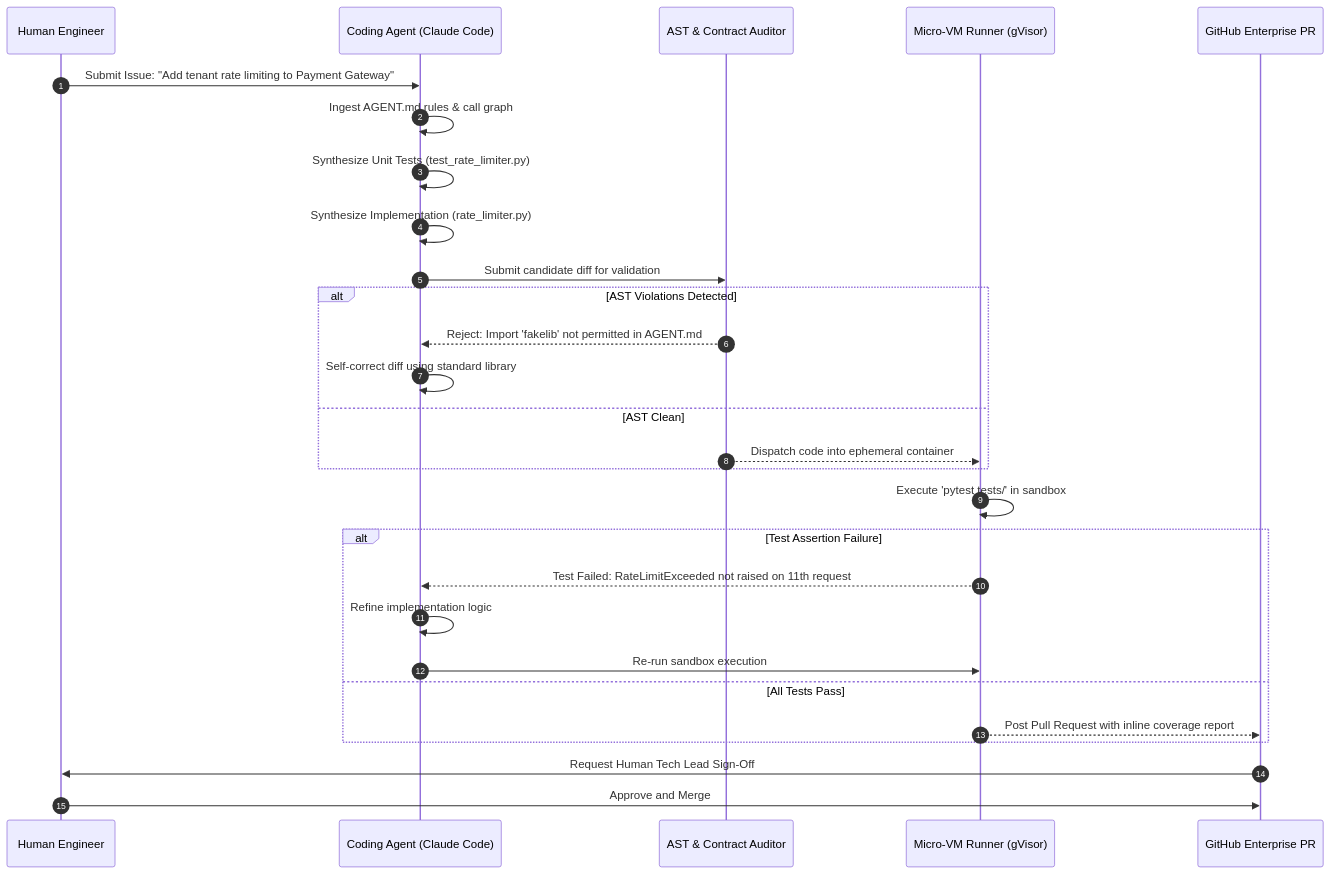
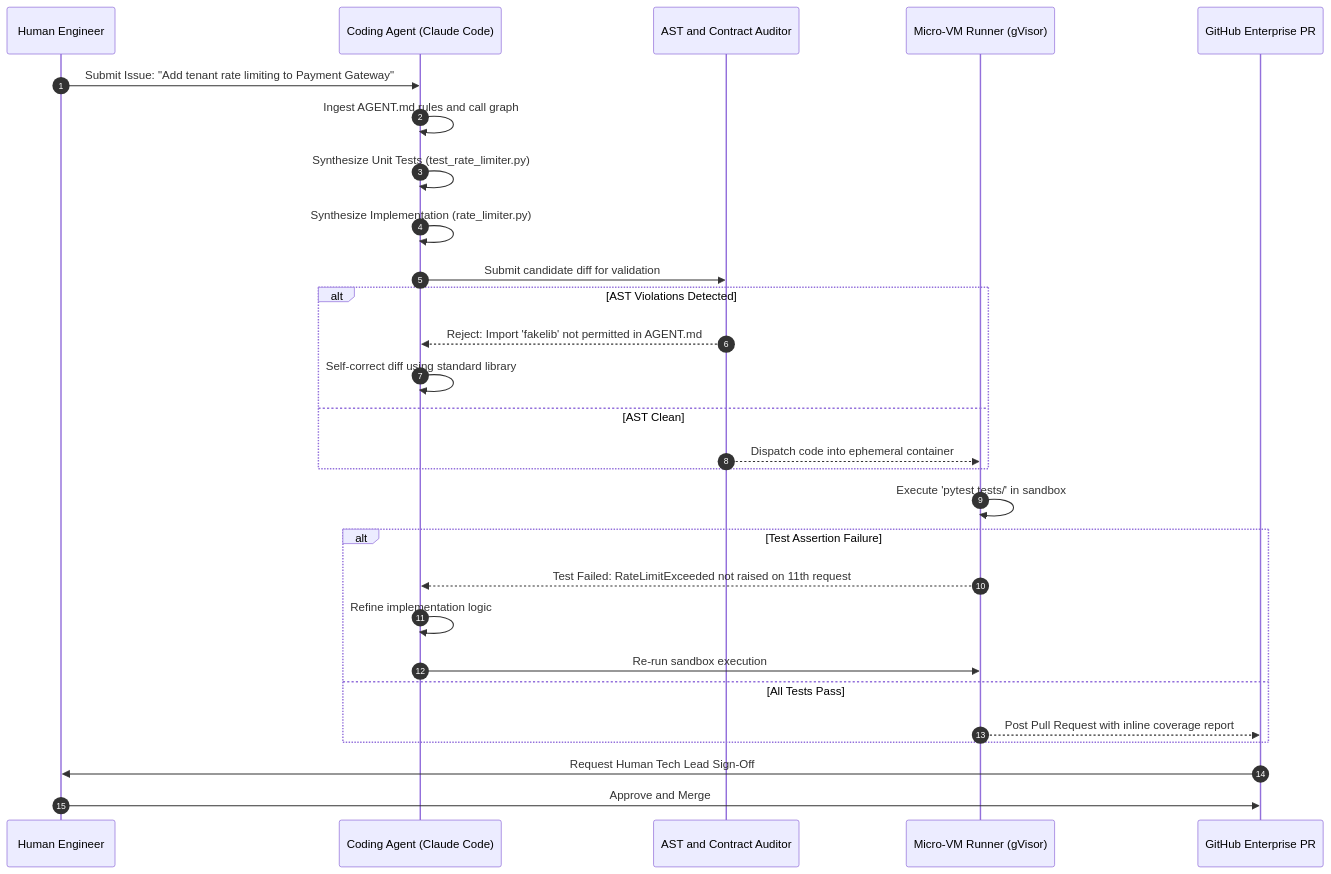
One commit to dip4k/senior-engineer-to-ai-engineer-roadmap changed the second of 2 diagrams in use-cases/use-case-01-ai-assisted-sdlc.md. Above: the diagram before and after it, drawn with Mermaid. The commit also changed 26 other files, not shown here.

````diff
--- a/use-cases/use-case-01-ai-assisted-sdlc.md
+++ b/use-cases/use-case-01-ai-assisted-sdlc.md
@@ -161,34 +161,34 @@
 ```mermaid
 sequenceDiagram
     autonumber
     participant Dev as Human Engineer
     participant Agent as Coding Agent (Claude Code)
-    participant Linter as AST & Contract Auditor
+    participant Linter as AST and Contract Auditor
     participant Sandbox as Micro-VM Runner (gVisor)
     participant GitHub as GitHub Enterprise PR
 
     Dev->>Agent: Submit Issue: "Add tenant rate limiting to Payment Gateway"
-    Agent->>Agent: Ingest AGENT.md rules & call graph
+    Agent->>Agent: Ingest AGENT.md rules and call graph
     Agent->>Agent: Synthesize Unit Tests (test_rate_limiter.py)
     Agent->>Agent: Synthesize Implementation (rate_limiter.py)
     
     Agent->>Linter: Submit candidate diff for validation
     alt AST Violations Detected
         Linter-->>Agent: Reject: Import 'fakelib' not permitted in AGENT.md
         Agent->>Agent: Self-correct diff using standard library
     else AST Clean
         Linter-->>Sandbox: Dispatch code into ephemeral container
     end
 
     Sandbox->>Sandbox: Execute 'pytest tests/' in sandbox
     alt Test Assertion Failure
         Sandbox-->>Agent: Test Failed: RateLimitExceeded not raised on 11th request
         Agent->>Agent: Refine implementation logic
         Agent->>Sandbox: Re-run sandbox execution
     else All Tests Pass
         Sandbox-->>GitHub: Post Pull Request with inline coverage report
     end
 
     GitHub->>Dev: Request Human Tech Lead Sign-Off
     Dev->>GitHub: Approve and Merge
 ```
````
